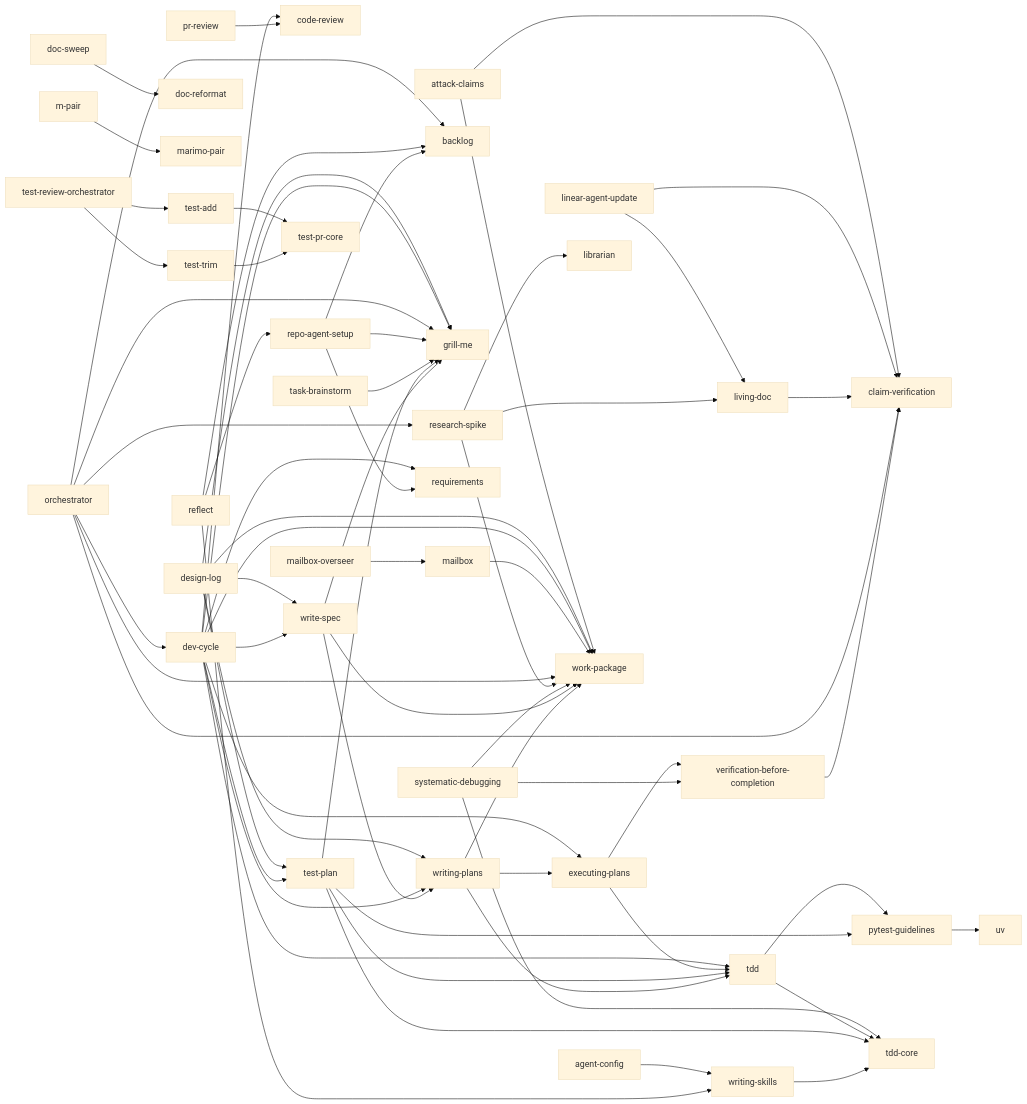
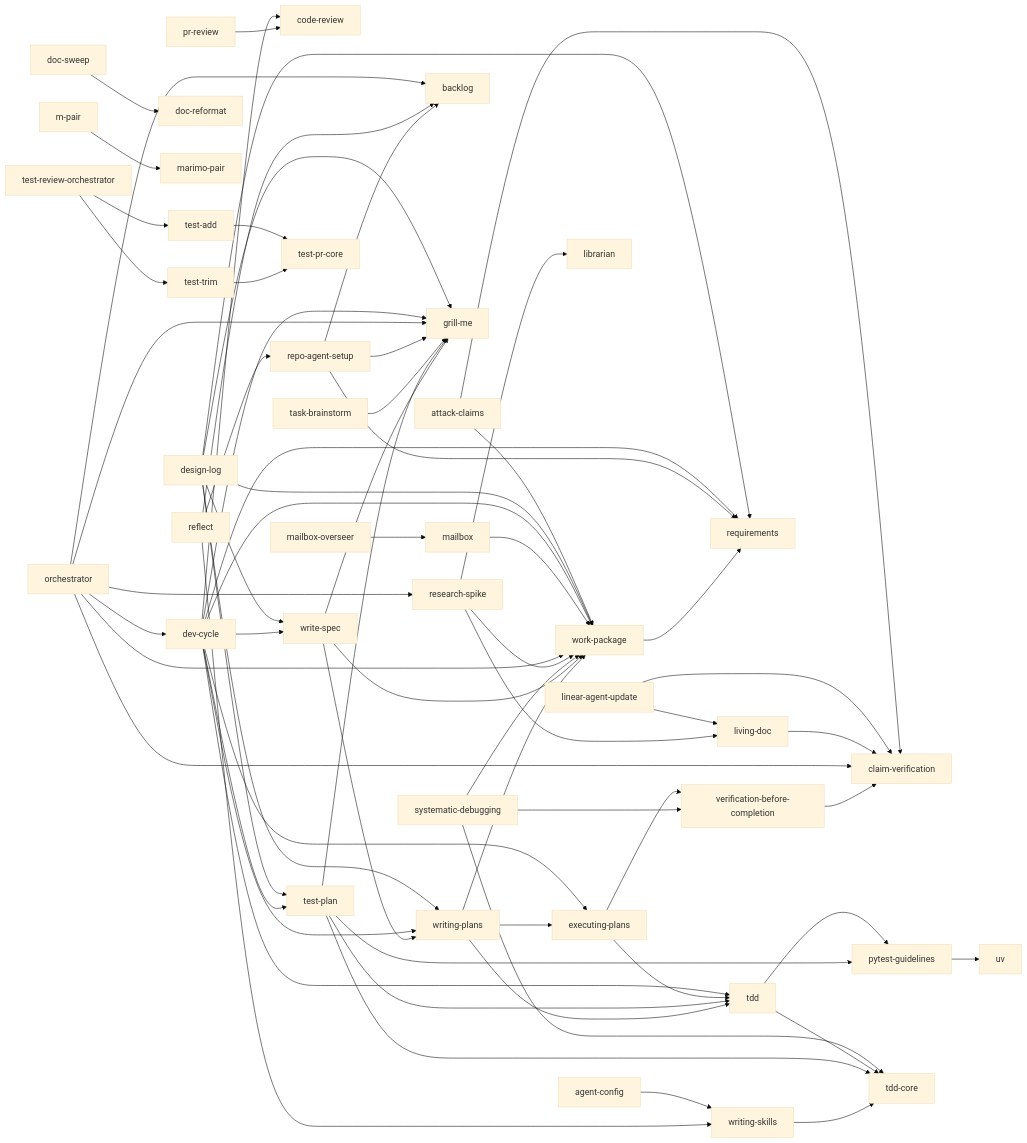
Before and after one commit to Haydeni0/agent-config: the diagram in README.md, drawn with Mermaid (base theme). The commit also changed 3 other files, not shown here.

Commit message:
feat(skills): design-log and work-package cite the requirements skill for contract rules

```diff
--- a/README.md
+++ b/README.md
@@ -254,6 +254,7 @@
     design_log --> write_spec
     design_log --> writing_plans
     design_log --> work_package
+    design_log --> requirements
     dev_cycle --> grill_me
     dev_cycle --> test_plan
     dev_cycle --> write_spec
@@ -304,6 +305,7 @@
     test_review_orchestrator --> test_add
     test_trim --> test_pr_core
     verification_before_completion --> claim_verification
+    work_package --> requirements
     write_spec --> grill_me
     write_spec --> writing_plans
     write_spec --> work_package
```
